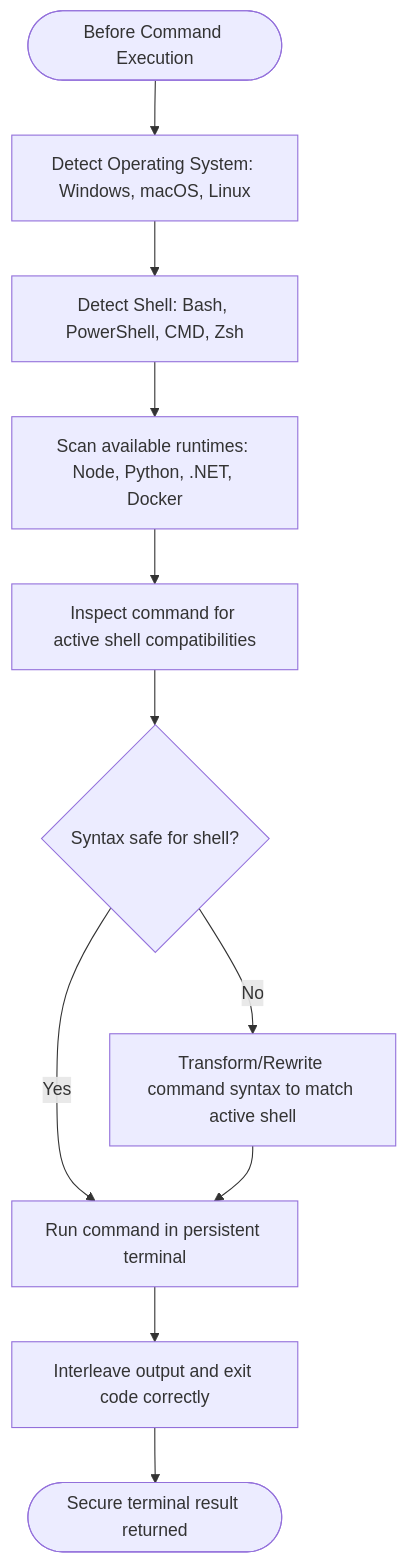
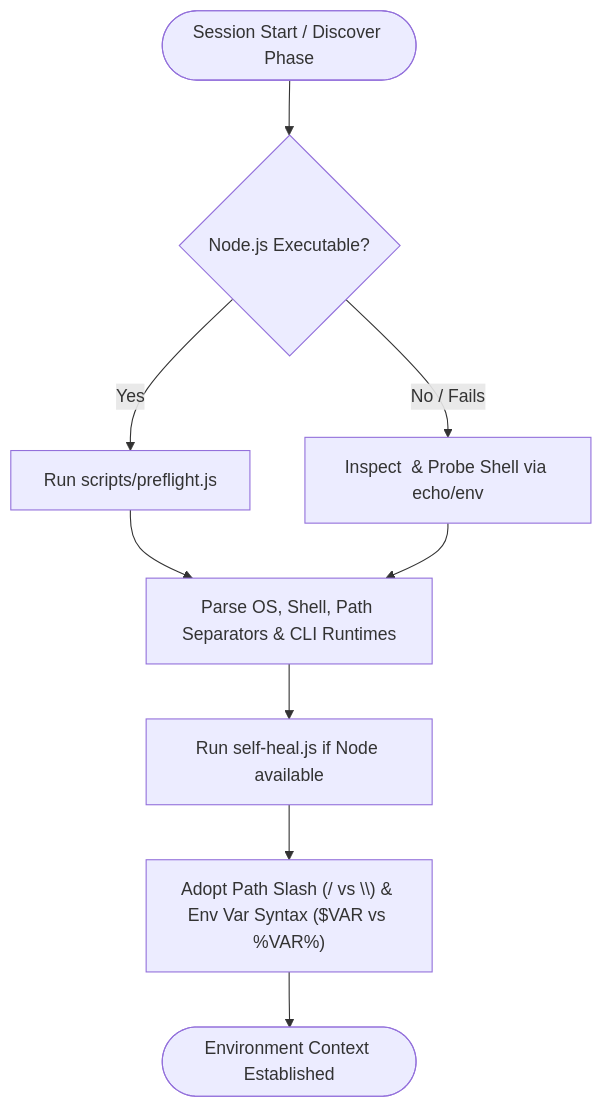
Before and after one commit to dyphn1/Harness-everything: the first of 3 diagrams in docs/workflows/environment-detection.md, drawn with Mermaid. The commit also changed 54 other files, not shown here.

````diff
--- a/docs/workflows/environment-detection.md
+++ b/docs/workflows/environment-detection.md
@@ -11,13 +11,13 @@
 ```mermaid
 graph TD
-  Start([Before Command Execution]) --> DetectOS["Detect Operating System: Windows, macOS, Linux"]
-  DetectOS --> DetectShell["Detect Shell: Bash, PowerShell, CMD, Zsh"]
-  DetectShell --> ScanCapabilities["Scan available runtimes: Node, Python, .NET, Docker"]
-  ScanCapabilities --> CheckSyntax["Inspect command for active shell compatibilities"]
-  CheckSyntax --> SyntaxGuard{Syntax safe for shell?}
-  SyntaxGuard -->|No| RewriteCmd["Transform/Rewrite command syntax to match active shell"]
-  SyntaxGuard -->|Yes| Execute["Run command in persistent terminal"]
-  RewriteCmd --> Execute
-  Execute --> CaptureOutput["Interleave output and exit code correctly"]
-  CaptureOutput --> End([Secure terminal result returned])
+  Start([Session Start / Discover Phase]) --> CheckNode{Node.js Executable?}
+  CheckNode -->|Yes| RunPreflight["Run scripts/preflight.js"]
+  CheckNode -->|No / Fails| Heuristic["Inspect <environment_info> & Probe Shell via echo/env"]
+  
+  RunPreflight --> ParseOutput["Parse OS, Shell, Path Separators & CLI Runtimes"]
+  Heuristic --> ParseOutput
+  
+  ParseOutput --> SelfHeal["Run self-heal.js if Node available"]
+  SelfHeal --> AlignSyntax["Adopt Path Slash (/ vs \\) & Env Var Syntax ($VAR vs %VAR%)"]
+  AlignSyntax --> End([Environment Context Established])
 ```
````
